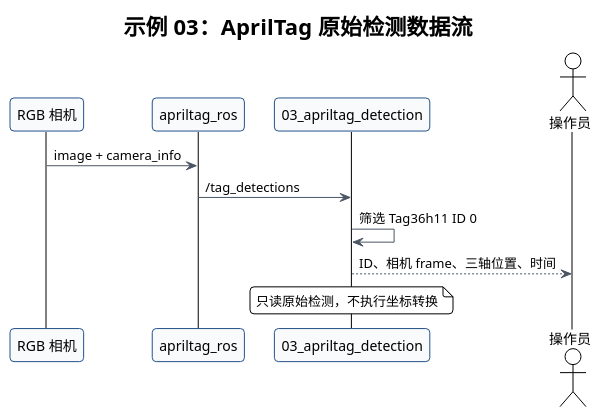
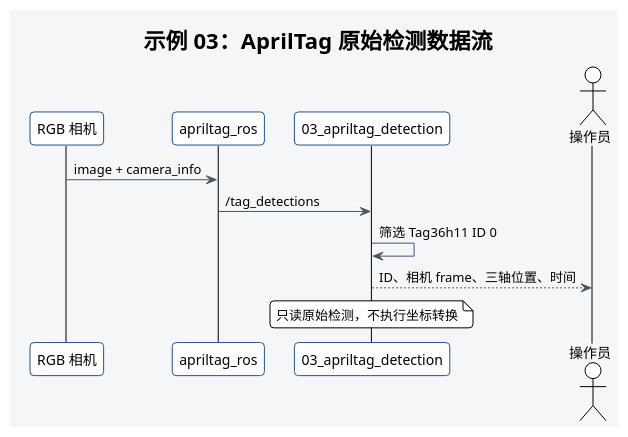
The diagram in docs/diagrams/tutorial-03-apriltag-detection.puml (6hao666/robotac), drawn with PlantUML before and after one commit. The commit also changed 51 other files, not shown here.

Commit message:
docs: standardize PlantUML diagram layout

```diff
--- a/docs/diagrams/tutorial-03-apriltag-detection.puml
+++ b/docs/diagrams/tutorial-03-apriltag-detection.puml
@@ -1,20 +1,20 @@
 @startuml
 !theme plain
-skinparam backgroundColor transparent
+skinparam backgroundColor #F4F6F8
 skinparam shadowing false
 skinparam roundcorner 8
 skinparam defaultFontName SansSerif
 skinparam ArrowColor #4B5563
-skinparam sequenceParticipantBackgroundColor #F8FAFC
+skinparam sequenceParticipantBackgroundColor #FFFFFF
 skinparam sequenceParticipantBorderColor #24528C
 title 示例 03：AprilTag 原始检测数据流
 participant "RGB 相机" as camera
 participant "apriltag_ros" as detector
 participant "03_apriltag_detection" as example
 actor "操作员" as operator
 camera -> detector : image + camera_info
 detector -> example : /tag_detections
 example -> example : 筛选 Tag36h11 ID 0
 example --> operator : ID、相机 frame、三轴位置、时间
 note over example : 只读原始检测，不执行坐标转换
 @enduml
```
